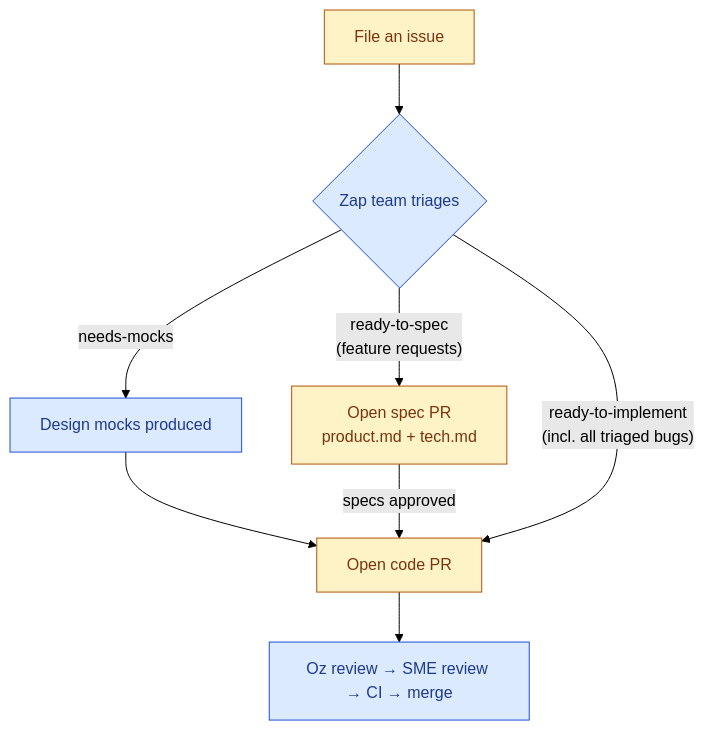
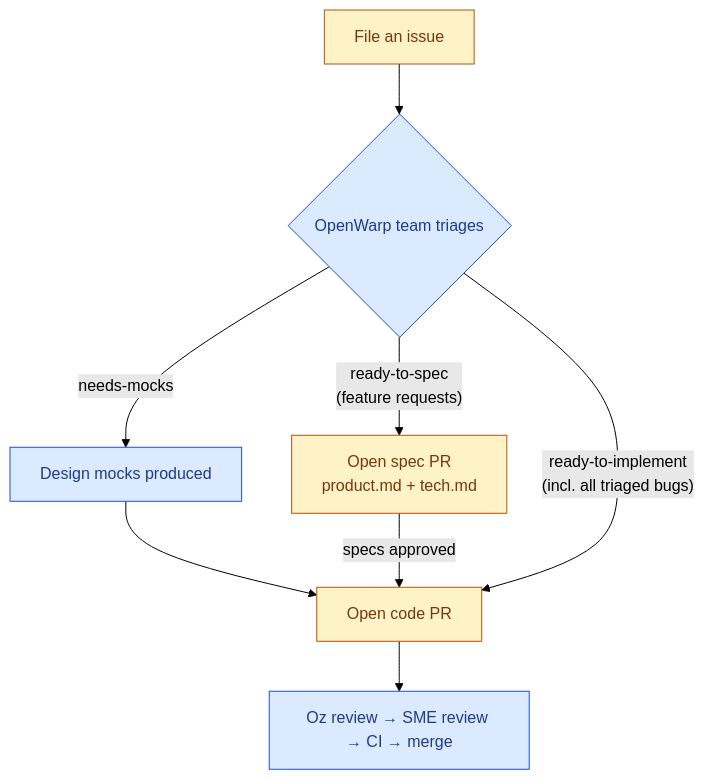
One commit to TranscriptionFactory/warp changed the diagram in CONTRIBUTING.md. Above: the diagram before and after it, drawn with Mermaid (forest theme). The commit also changed other lines of this file and 511 other files, not shown here.

First line of the commit message:
Rebrand Zap to OpenWarp in comments, docs, website, scripts, and the Dock tile plugin

````diff
--- a/CONTRIBUTING.md
+++ b/CONTRIBUTING.md
@@ -37,15 +37,15 @@
 ```mermaid
 flowchart TD
-    A[File an issue] --> B{Zap team triages}
+    A[File an issue] --> B{OpenWarp team triages}
     B -- ready-to-spec<br/>(feature requests) --> C[Open spec PR<br/>product.md + tech.md]
     B -- needs-mocks --> D[Design mocks produced]
     D --> E[Open code PR]
     C -- specs approved --> E
     B -- ready-to-implement<br/>(incl. all triaged bugs) --> E
     E --> F[Oz review → SME review → CI → merge]
 
     classDef contributor fill:#fef3c7,stroke:#b45309,color:#78350f;
     classDef warpTeam fill:#dbeafe,stroke:#1d4ed8,color:#1e3a8a;
     class A,C,E contributor;
     class B,D,F warpTeam;
 ```
````
